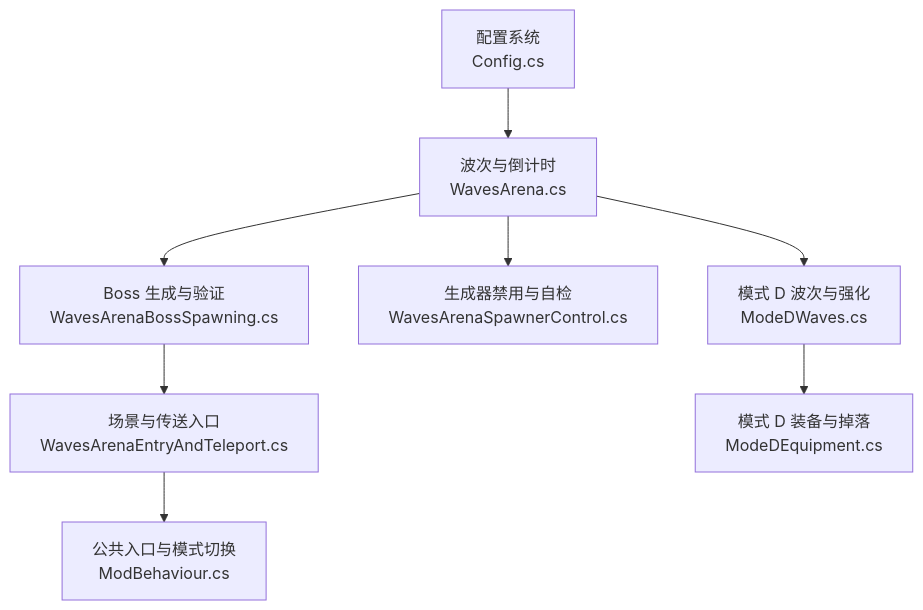
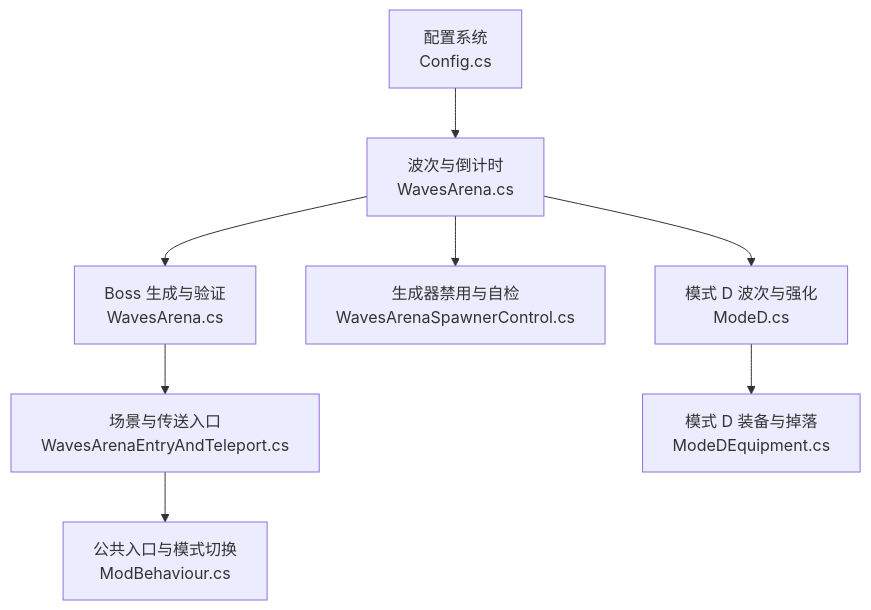
One commit to GASEN1216/BossRushMod changed the first of 6 diagrams in .qoder/repowiki/zh/content/游戏模式系统/标准 BossRush 模式/难度级别系统.md. Above: the diagram before and after it, drawn with Mermaid. The commit also changed other lines of this file and 124 other files, not shown here.

````diff
--- a/.qoder/repowiki/zh/content/游戏模式系统/标准 BossRush 模式/难度级别系统.md
+++ b/.qoder/repowiki/zh/content/游戏模式系统/标准 BossRush 模式/难度级别系统.md
@@ -37,10 +37,10 @@
 ```mermaid
 graph TB
 A["配置系统<br/>Config.cs"] --> B["波次与倒计时<br/>WavesArena.cs"]
-B --> C["Boss 生成与验证<br/>WavesArenaBossSpawning.cs"]
+B --> C["Boss 生成与验证<br/>WavesArena.cs"]
 C --> D["场景与传送入口<br/>WavesArenaEntryAndTeleport.cs"]
 B --> E["生成器禁用与自检<br/>WavesArenaSpawnerControl.cs"]
-B --> F["模式 D 波次与强化<br/>ModeDWaves.cs"]
+B --> F["模式 D 波次与强化<br/>ModeD.cs"]
 F --> G["模式 D 装备与掉落<br/>ModeDEquipment.cs"]
 D --> H["公共入口与模式切换<br/>ModBehaviour.cs"]
 ```
````
